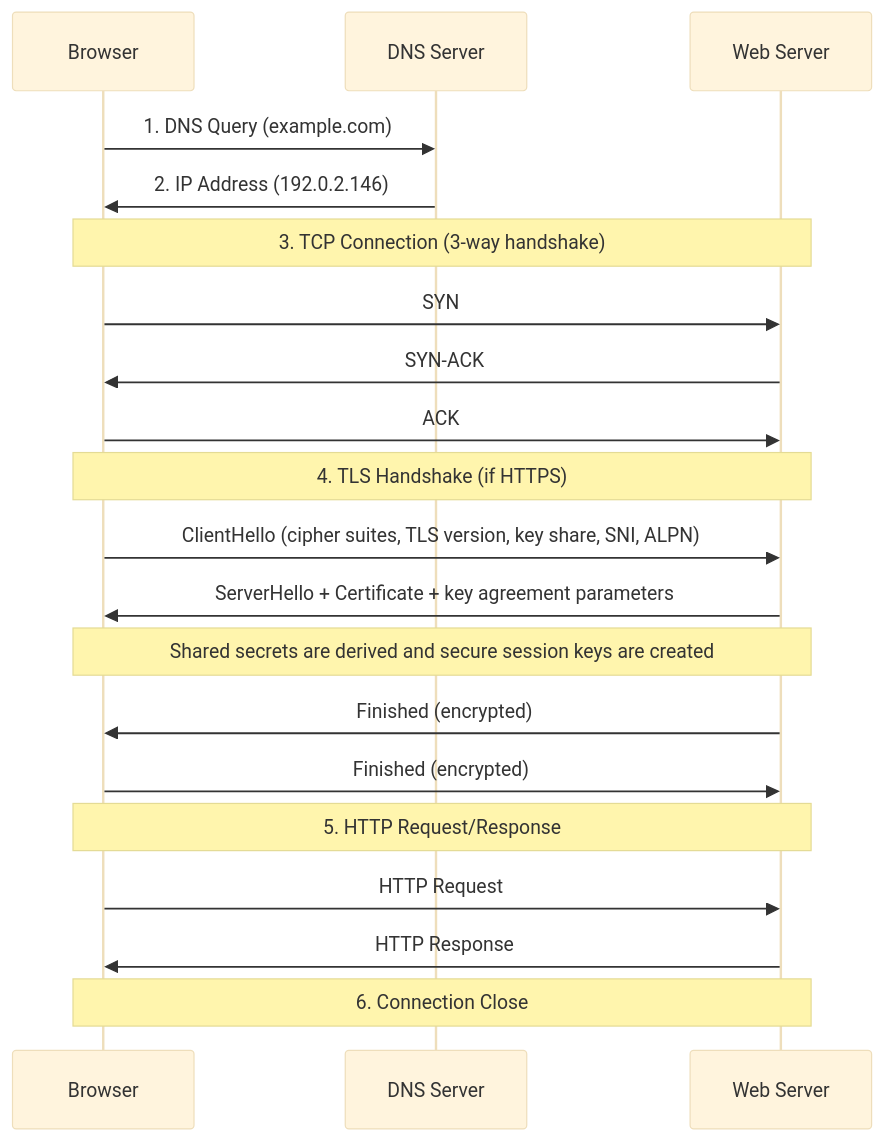
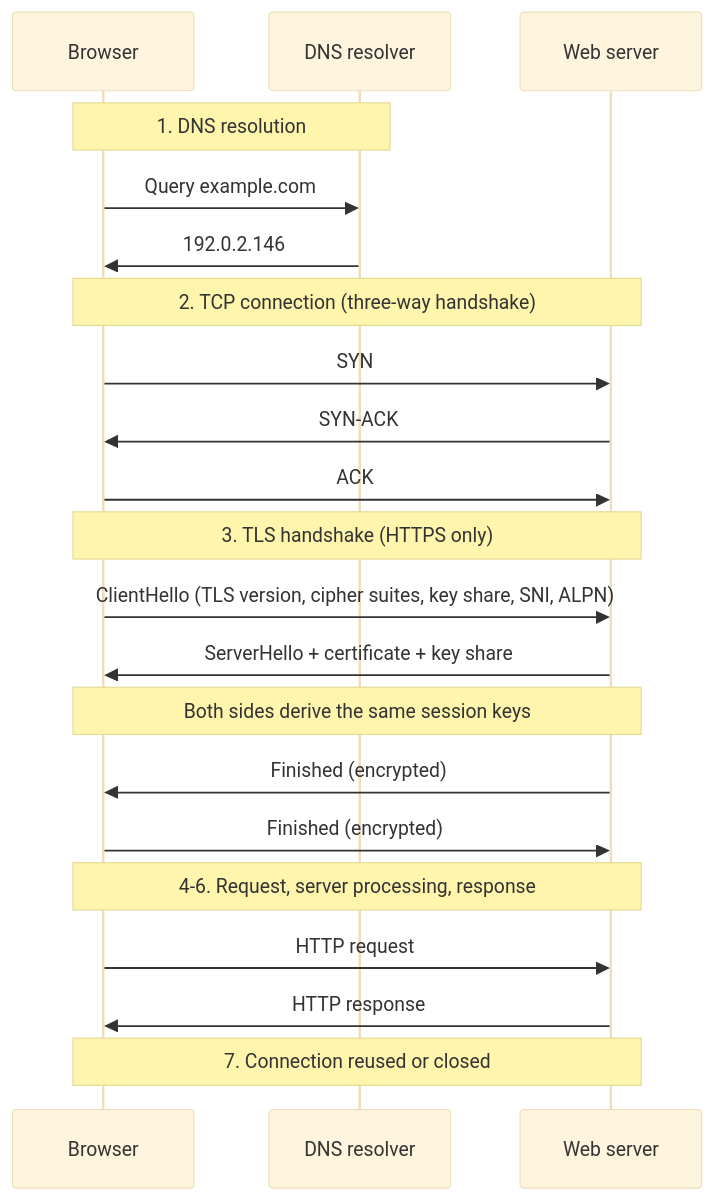
Before and after one commit to mohllal/system-design-interview-prep: the third of 3 diagrams in fundamentals/02-network-protocols.md, drawn with Mermaid (base theme). The commit also changed other lines of this file and 35 other files, not shown here.

````diff
--- a/fundamentals/02-network-protocols.md
+++ b/fundamentals/02-network-protocols.md
@@ -76,28 +90,28 @@
 ```mermaid
 sequenceDiagram
     participant B as Browser
-    participant DNS as DNS Server
-    participant S as Web Server
-    
-    B->>DNS: 1. DNS Query (example.com)
-    DNS->>B: 2. IP Address (192.0.2.146)
-    
-    Note over B,S: 3. TCP Connection (3-way handshake)
+    participant DNS as DNS resolver
+    participant S as Web server
+
+    Note over B,DNS: 1. DNS resolution
+    B->>DNS: Query example.com
+    DNS->>B: 192.0.2.146
+
+    Note over B,S: 2. TCP connection (three-way handshake)
     B->>S: SYN
     S->>B: SYN-ACK
     B->>S: ACK
-    
-    Note over B,S: 4. TLS Handshake (if HTTPS)
-    B->>S: ClientHello (cipher suites, TLS version, key share, SNI, ALPN)
-    S->>B: ServerHello + Certificate + key agreement parameters
 
-    Note over B,S: Shared secrets are derived and secure session keys are created
+    Note over B,S: 3. TLS handshake (HTTPS only)
+    B->>S: ClientHello (TLS version, cipher suites, key share, SNI, ALPN)
+    S->>B: ServerHello + certificate + key share
+    Note over B,S: Both sides derive the same session keys
     S->>B: Finished (encrypted)
     B->>S: Finished (encrypted)
-    
-    Note over B,S: 5. HTTP Request/Response
-    B->>S: HTTP Request
-    S->>B: HTTP Response
-    
-    Note over B,S: 6. Connection Close
+
+    Note over B,S: 4-6. Request, server processing, response
+    B->>S: HTTP request
+    S->>B: HTTP response
+
+    Note over B,S: 7. Connection reused or closed
 ```
````
